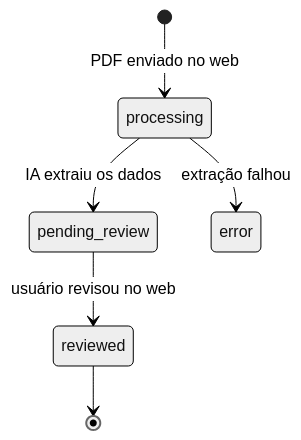
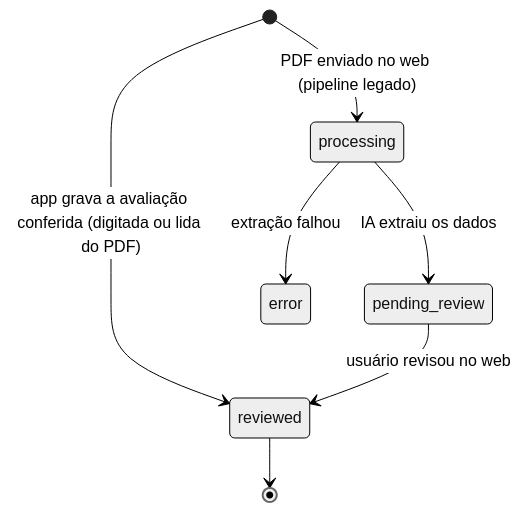
One commit to Pexiss-18/PX-Gym changed the third of 6 diagrams in docs/05-estados.md. Above: the diagram before and after it, drawn with Mermaid (neutral theme). The commit also changed other lines of this file and 20 other files, not shown here.

````diff
--- a/docs/05-estados.md
+++ b/docs/05-estados.md
@@ -62,13 +76,14 @@
 ```mermaid
 stateDiagram-v2
     state "processing" as Processing
     state "pending_review" as PendingReview
     state "reviewed" as Reviewed
     state "error" as Err
 
-    [*] --> Processing : PDF enviado no web
+    [*] --> Reviewed : app grava a avaliação conferida (digitada ou lida do PDF)
+    [*] --> Processing : PDF enviado no web (pipeline legado)
     Processing --> PendingReview : IA extraiu os dados
     Processing --> Err : extração falhou
     PendingReview --> Reviewed : usuário revisou no web
     Reviewed --> [*]
 ```
````
